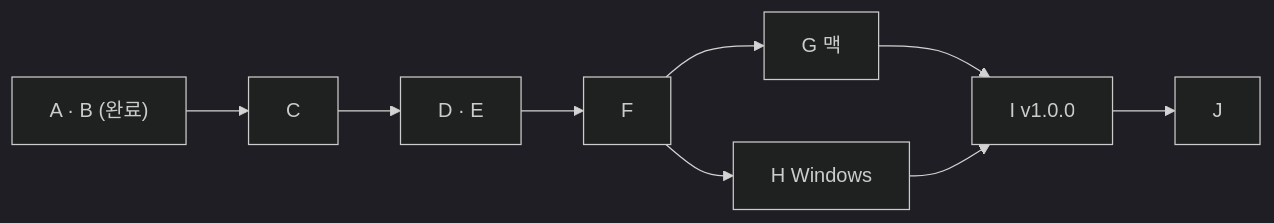
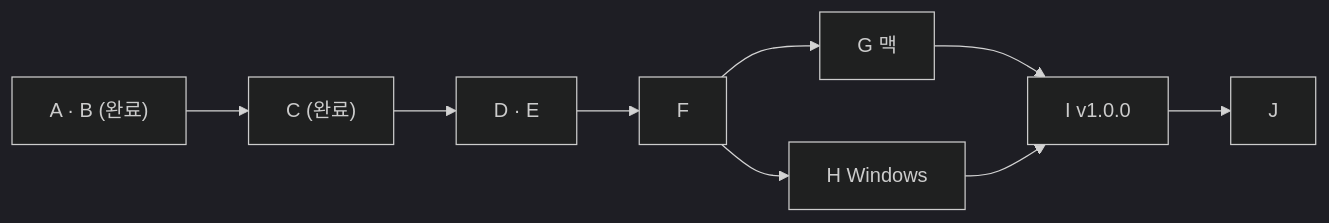
Before and after one commit to Seosiju/my-skills: the second of 2 diagrams in docs/2026-11-23-skill-drive-v1-status-and-handoff.md, drawn with Mermaid (dark theme). The commit also changed other lines of this file and 1 other file, not shown here.

````diff
--- a/docs/2026-11-23-skill-drive-v1-status-and-handoff.md
+++ b/docs/2026-11-23-skill-drive-v1-status-and-handoff.md
@@ -232,9 +233,9 @@
 ```mermaid
 flowchart LR
-  AB["A · B (완료)"] --> C["C"] --> DE["D · E"] --> F["F"]
+  AB["A · B (완료)"] --> C["C (완료)"] --> DE["D · E"] --> F["F"]
   F --> G["G 맥"]
   F --> H["H Windows"]
   G --> I["I v1.0.0"]
   H --> I
   I --> J["J"]
 ```
````
